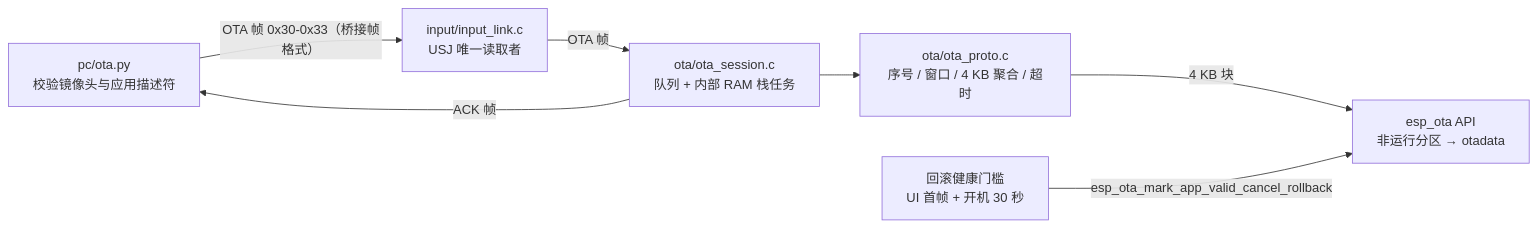
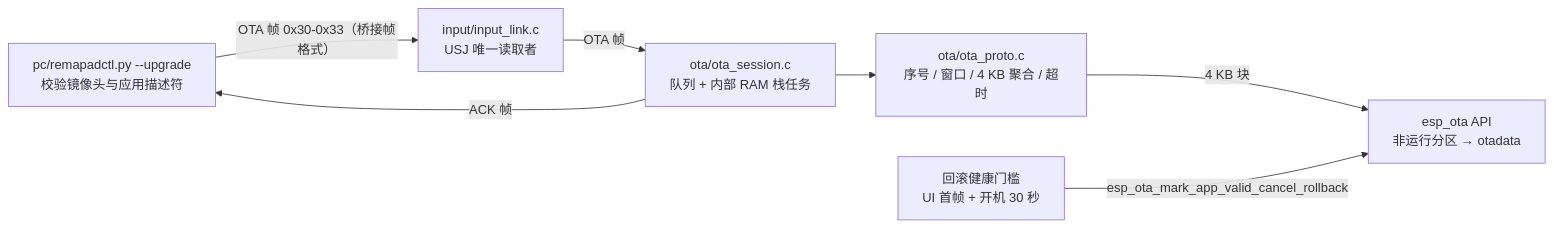
One commit to slime7/remapad changed the fifth of 5 diagrams in docs/ARCHITECTURE.md. Above: the diagram before and after it, drawn with Mermaid. The commit also changed other lines of this file and 46 other files, not shown here.

First line of the commit message:
feat(pc,firmware): PC 工具合并为单进程，新增实机截图与耳机状态透传

````diff
--- a/docs/ARCHITECTURE.md
+++ b/docs/ARCHITECTURE.md
@@ -256,16 +256,16 @@
 ```mermaid
 flowchart LR
-    Tool["pc/ota.py<br/>校验镜像头与应用描述符"]
+    Tool["pc/remapadctl.py --upgrade<br/>校验镜像头与应用描述符"]
     Link["input/input_link.c<br/>USJ 唯一读取者"]
     Session["ota/ota_session.c<br/>队列 + 内部 RAM 栈任务"]
     Proto["ota/ota_proto.c<br/>序号 / 窗口 / 4 KB 聚合 / 超时"]
     Flash["esp_ota API<br/>非运行分区 → otadata"]
     Health["回滚健康门槛<br/>UI 首帧 + 开机 30 秒"]
 
     Tool -->|"OTA 帧 0x30-0x33（桥接帧格式）"| Link
     Link -->|OTA 帧| Session
     Session --> Proto
     Proto -->|"4 KB 块"| Flash
     Session -->|ACK 帧| Tool
     Health -->|esp_ota_mark_app_valid_cancel_rollback| Flash
 ```
````
